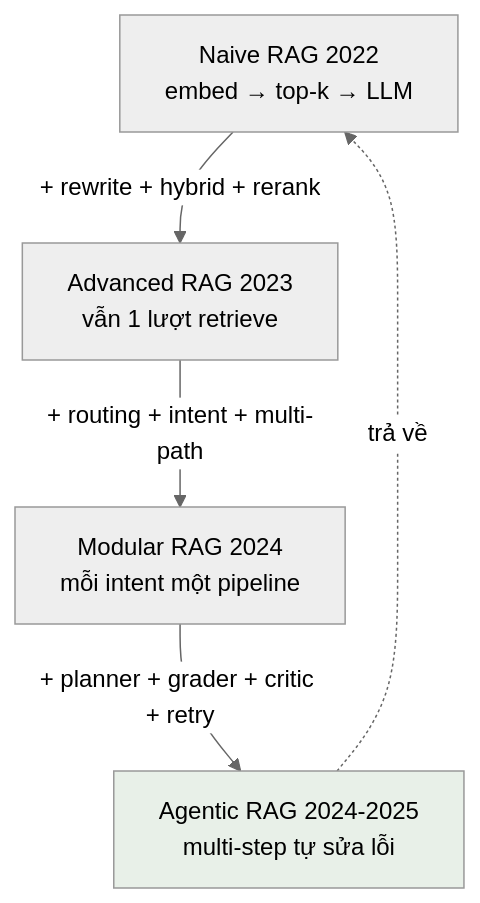
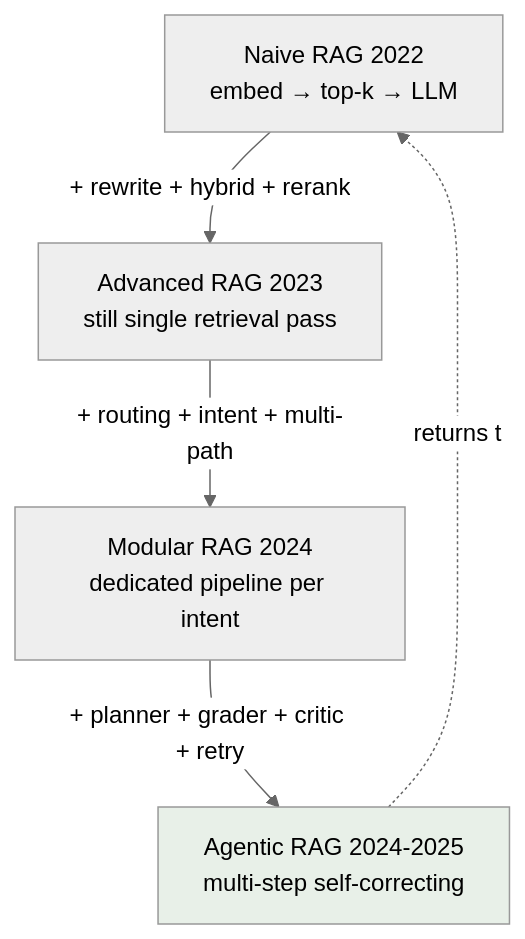
The first of 2 diagrams in knowledge-base/technical-book/chapter-06.md (Dokhacgiakhoa/Project-Builder-4-Agents), drawn with Mermaid (neutral theme) before and after one commit. The commit also changed other lines of this file and 62 other files, not shown here.

````diff
--- a/knowledge-base/technical-book/chapter-06.md
+++ b/knowledge-base/technical-book/chapter-06.md
@@ -45,8 +45,8 @@
 ```mermaid
 flowchart TD
-    A[Naive RAG 2022\nembed → top-k → LLM] -->|+ rewrite + hybrid + rerank| B[Advanced RAG 2023\nvẫn 1 lượt retrieve]
-    B -->|+ routing + intent + multi-path| C[Modular RAG 2024\nmỗi intent một pipeline]
-    C -->|+ planner + grader + critic + retry| D[Agentic RAG 2024-2025\nmulti-step tự sửa lỗi]
-    D -.trả về.-> A
+    A["Naive RAG 2022<br/>embed → top-k → LLM"] -->|+ rewrite + hybrid + rerank| B["Advanced RAG 2023<br/>still single retrieval pass"]
+    B -->|+ routing + intent + multi-path| C["Modular RAG 2024<br/>dedicated pipeline per intent"]
+    C -->|+ planner + grader + critic + retry| D["Agentic RAG 2024-2025<br/>multi-step self-correcting"]
+    D -.returns to.-> A
     style D fill:#e8f0e8
 ```
````
